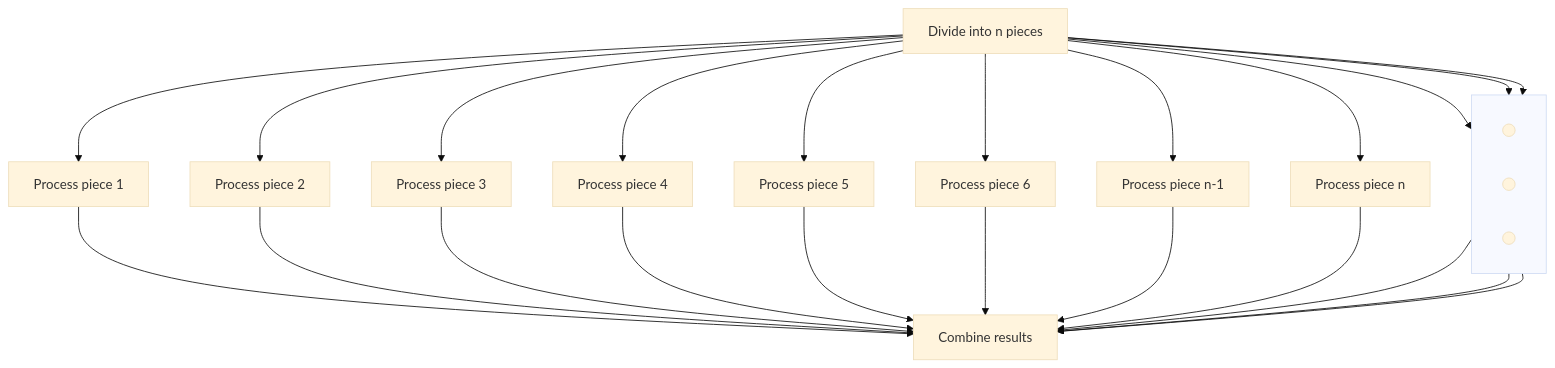
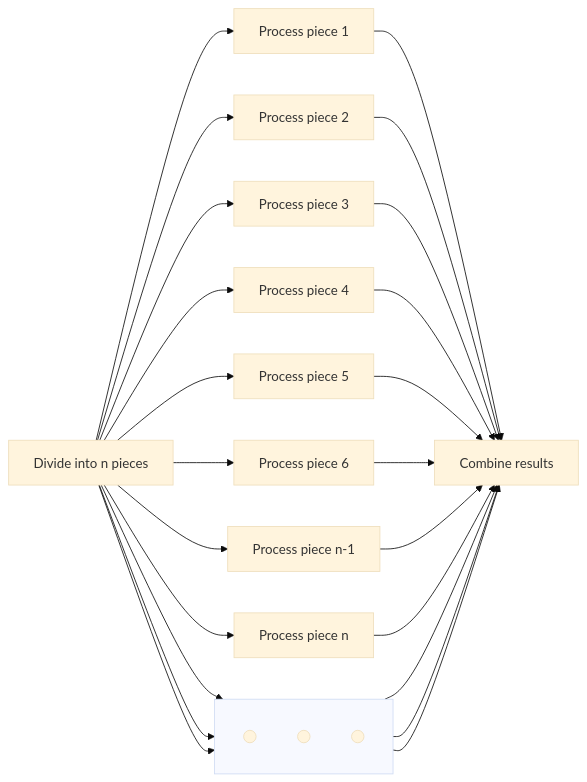
The third of 4 diagrams in README.md (MarthinL/fedist), drawn with Mermaid (base theme) before and after one commit. The commit also changed other lines of this file, not shown here.

````diff
--- a/README.md
+++ b/README.md
@@ -66,21 +66,21 @@
 ```mermaid
-flowchart TB
+flowchart LR
     INITIALISE["Divide into n pieces"]
     ACT1["Process piece 1"]
     ACT2["Process piece 2"]
     ACT3["Process piece 3"]
     ACT4["Process piece 4"]
     ACT5["Process piece 5"]
     ACT6["Process piece 6"]
     subgraph ETC[" "]
-        direction LR
+        direction TB
         ETC1((" "))
         ETC2((" "))
         ETC3((" "))
     end
     ACTN1["Process piece n-1"]
     ACTN2["Process piece n"]
     FINALISE["Combine results"]
     INITIALISE --> ACT1 & ACT2 & ACT3 & ACT4 & ACT5 & ACT6 & ETC1 & ETC2 & ETC3 & ACTN1 & ACTN2
     ACT1 & ACT2 & ACT3 & ACT4 & ACT5 & ACT6 & ETC1 & ETC2 & ETC3 & ACTN1 & ACTN2 --> FINALISE
 ```
````
